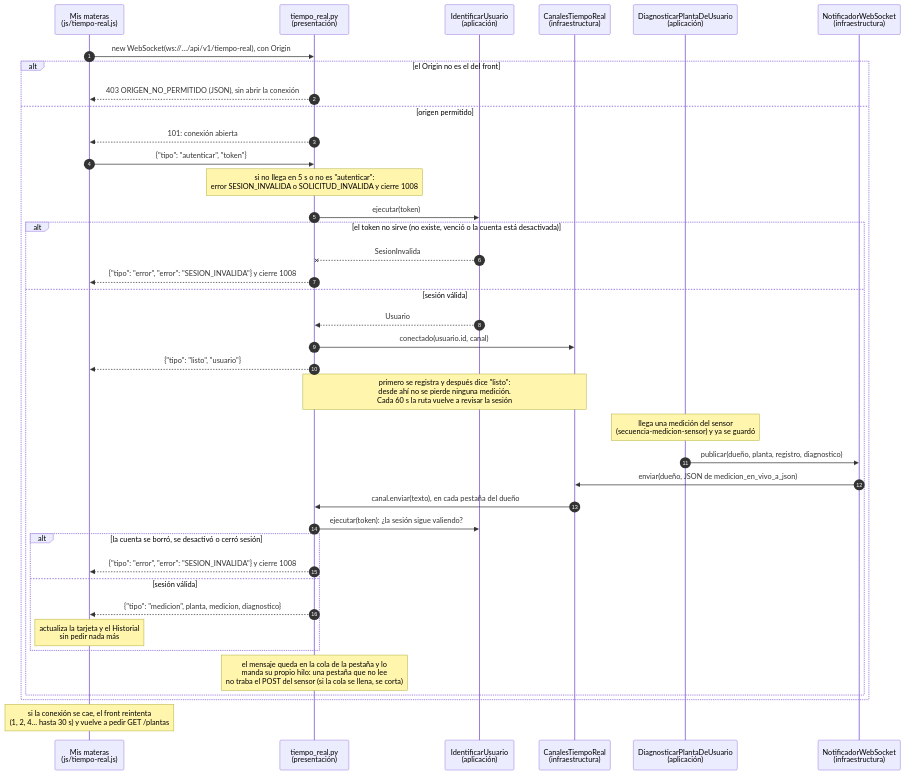
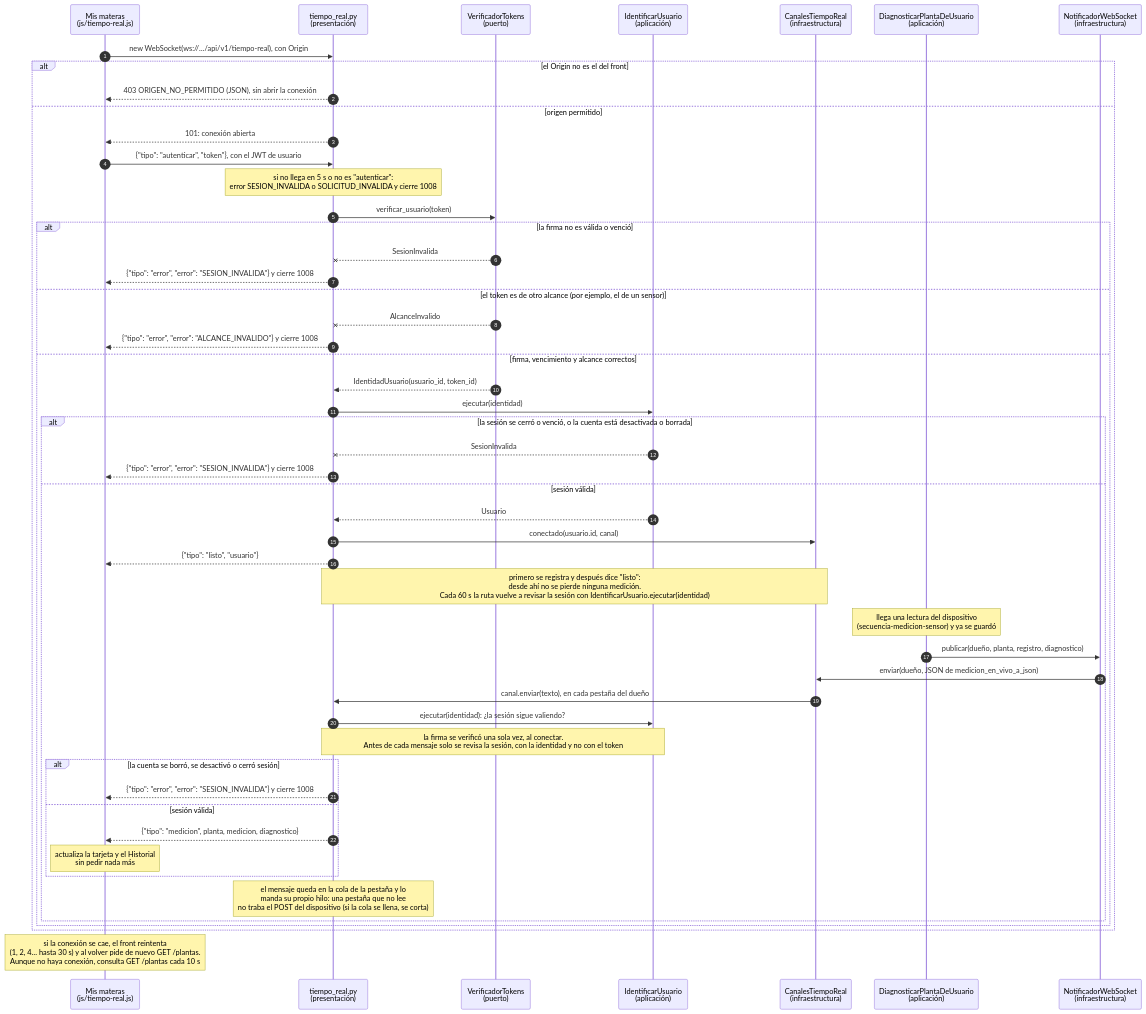
Before and after one commit to Pipelol0723/matera-inteligente: the diagram in docs/diagramas/secuencia-tiempo-real.mmd, drawn with Mermaid. The commit also changed 37 other files, not shown here.

First line of the commit message:
Docs: README y diagramas con la arquitectura hexagonal de la fase 2

```diff
--- a/docs/diagramas/secuencia-tiempo-real.mmd
+++ b/docs/diagramas/secuencia-tiempo-real.mmd
@@ -1,42 +1,54 @@
-%% Secuencia del corte 2 (implementada el 18 de octubre de 2026): el front abre el WebSocket,
-%% se autentica con el primer mensaje y recibe en vivo la medición que manda el ESP32.
+%% Secuencia del corte 2, fase 2 hexagonal (implementada): el front abre el WebSocket, se autentica con el JWT en el primer mensaje
+%% y recibe en vivo la lectura que manda el dispositivo. El WebSocket es un aviso: el front ademas consulta GET /plantas cada 10 s.
 sequenceDiagram
     autonumber
     participant F as Mis materas<br/>(js/tiempo-real.js)
     participant TR as tiempo_real.py<br/>(presentación)
+    participant TK as VerificadorTokens<br/>(puerto)
     participant IU as IdentificarUsuario<br/>(aplicación)
     participant C as CanalesTiempoReal<br/>(infraestructura)
     participant DU as DiagnosticarPlantaDeUsuario<br/>(aplicación)
     participant NW as NotificadorWebSocket<br/>(infraestructura)
 
     F ->> TR: new WebSocket(ws://…/api/v1/tiempo-real), con Origin
     alt el Origin no es el del front
         TR -->> F: 403 ORIGEN_NO_PERMITIDO (JSON), sin abrir la conexión
     else origen permitido
         TR -->> F: 101: conexión abierta
-        F ->> TR: {"tipo": "autenticar", "token"}
+        F ->> TR: {"tipo": "autenticar", "token"}, con el JWT de usuario
         Note over TR: si no llega en 5 s o no es "autenticar":<br/>error SESION_INVALIDA o SOLICITUD_INVALIDA y cierre 1008
-        TR ->> IU: ejecutar(token)
-        alt el token no sirve (no existe, venció o la cuenta está desactivada)
-            IU --x TR: SesionInvalida
+        TR ->> TK: verificar_usuario(token)
+        alt la firma no es válida o venció
+            TK --x TR: SesionInvalida
             TR -->> F: {"tipo": "error", "error": "SESION_INVALIDA"} y cierre 1008
-        else sesión válida
-            IU -->> TR: Usuario
-            TR ->> C: conectado(usuario.id, canal)
-            TR -->> F: {"tipo": "listo", "usuario"}
-            Note over TR,C: primero se registra y después dice "listo":<br/>desde ahí no se pierde ninguna medición.<br/>Cada 60 s la ruta vuelve a revisar la sesión
-            Note over DU: llega una medición del sensor<br/>(secuencia-medicion-sensor) y ya se guardó
-            DU ->> NW: publicar(dueño, planta, registro, diagnostico)
-            NW ->> C: enviar(dueño, JSON de medicion_en_vivo_a_json)
-            C ->> TR: canal.enviar(texto), en cada pestaña del dueño
-            TR ->> IU: ejecutar(token): ¿la sesión sigue valiendo?
-            alt la cuenta se borró, se desactivó o cerró sesión
+        else el token es de otro alcance (por ejemplo, el de un sensor)
+            TK --x TR: AlcanceInvalido
+            TR -->> F: {"tipo": "error", "error": "ALCANCE_INVALIDO"} y cierre 1008
+        else firma, vencimiento y alcance correctos
+            TK -->> TR: IdentidadUsuario(usuario_id, token_id)
+            TR ->> IU: ejecutar(identidad)
+            alt la sesión se cerró o venció, o la cuenta está desactivada o borrada
+                IU --x TR: SesionInvalida
                 TR -->> F: {"tipo": "error", "error": "SESION_INVALIDA"} y cierre 1008
             else sesión válida
-                TR -->> F: {"tipo": "medicion", planta, medicion, diagnostico}
-                Note over F: actualiza la tarjeta y el Historial<br/>sin pedir nada más
+                IU -->> TR: Usuario
+                TR ->> C: conectado(usuario.id, canal)
+                TR -->> F: {"tipo": "listo", "usuario"}
+                Note over TR,C: primero se registra y después dice "listo":<br/>desde ahí no se pierde ninguna medición.<br/>Cada 60 s la ruta vuelve a revisar la sesión con IdentificarUsuario.ejecutar(identidad)
+                Note over DU: llega una lectura del dispositivo<br/>(secuencia-medicion-sensor) y ya se guardó
+                DU ->> NW: publicar(dueño, planta, registro, diagnostico)
+                NW ->> C: enviar(dueño, JSON de medicion_en_vivo_a_json)
+                C ->> TR: canal.enviar(texto), en cada pestaña del dueño
+                TR ->> IU: ejecutar(identidad): ¿la sesión sigue valiendo?
+                Note over TR,IU: la firma se verificó una sola vez, al conectar.<br/>Antes de cada mensaje solo se revisa la sesión, con la identidad y no con el token
+                alt la cuenta se borró, se desactivó o cerró sesión
+                    TR -->> F: {"tipo": "error", "error": "SESION_INVALIDA"} y cierre 1008
+                else sesión válida
+                    TR -->> F: {"tipo": "medicion", planta, medicion, diagnostico}
+                    Note over F: actualiza la tarjeta y el Historial<br/>sin pedir nada más
+                end
+                Note over TR: el mensaje queda en la cola de la pestaña y lo<br/>manda su propio hilo: una pestaña que no lee<br/>no traba el POST del dispositivo (si la cola se llena, se corta)
             end
-            Note over TR: el mensaje queda en la cola de la pestaña y lo<br/>manda su propio hilo: una pestaña que no lee<br/>no traba el POST del sensor (si la cola se llena, se corta)
         end
     end
-    Note over F: si la conexión se cae, el front reintenta<br/>(1, 2, 4… hasta 30 s) y vuelve a pedir GET /plantas
+    Note over F: si la conexión se cae, el front reintenta<br/>(1, 2, 4… hasta 30 s) y al volver pide de nuevo GET /plantas.<br/>Aunque no haya conexión, consulta GET /plantas cada 10 s
```
